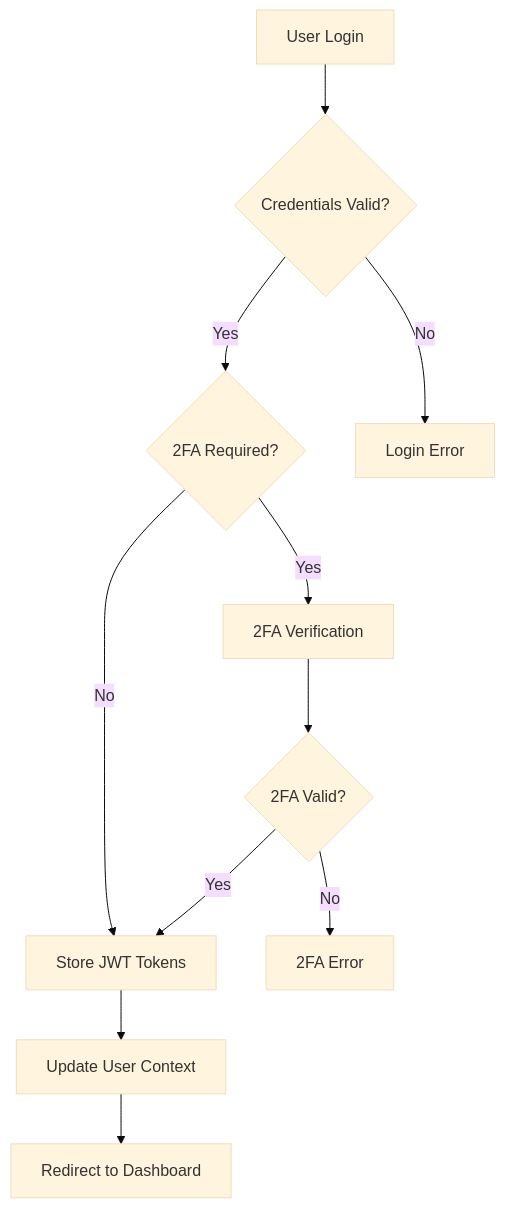
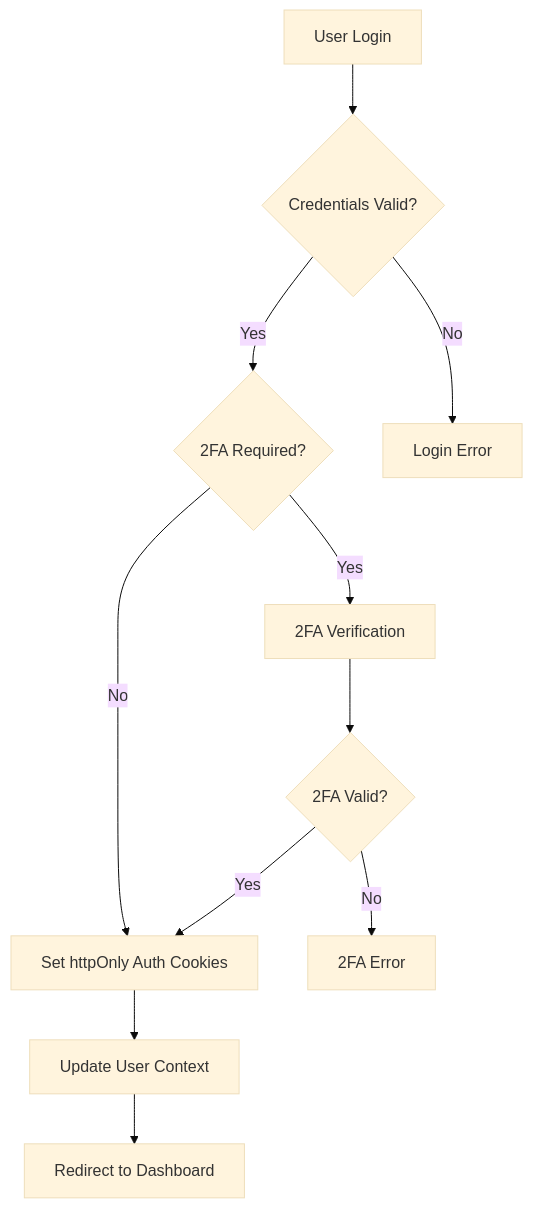
One commit to humdek-unibe-ch/sh-selfhelp_frontend changed the first of 4 diagrams in docs/COMPREHENSIVE_FRONTEND_GUIDE.md. Above: the diagram before and after it, drawn with Mermaid (base theme). The commit also changed other lines of this file and 20 other files, not shown here.

````diff
--- a/docs/COMPREHENSIVE_FRONTEND_GUIDE.md
+++ b/docs/COMPREHENSIVE_FRONTEND_GUIDE.md
@@ -169,13 +153,13 @@
 ```mermaid
 graph TD
     A[User Login] --> B{Credentials Valid?}
     B -->|Yes| C{2FA Required?}
     B -->|No| D[Login Error]
     C -->|Yes| E[2FA Verification]
-    C -->|No| F[Store JWT Tokens]
+    C -->|No| F[Set httpOnly Auth Cookies]
     E --> G{2FA Valid?}
     G -->|Yes| F
     G -->|No| H[2FA Error]
     F --> I[Update User Context]
     I --> J[Redirect to Dashboard]
 ```
````
